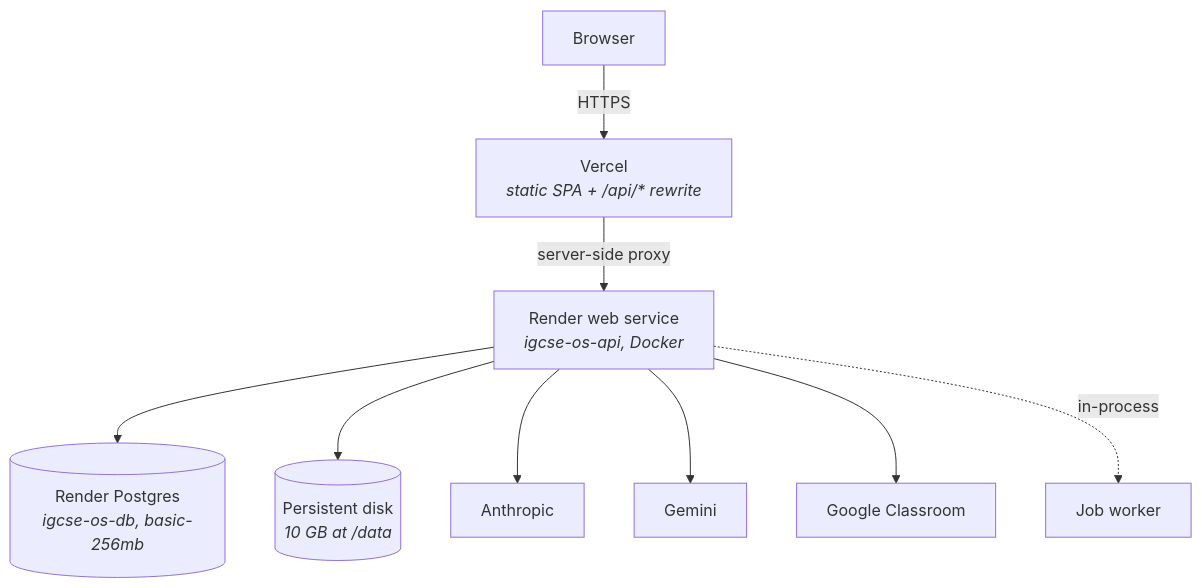
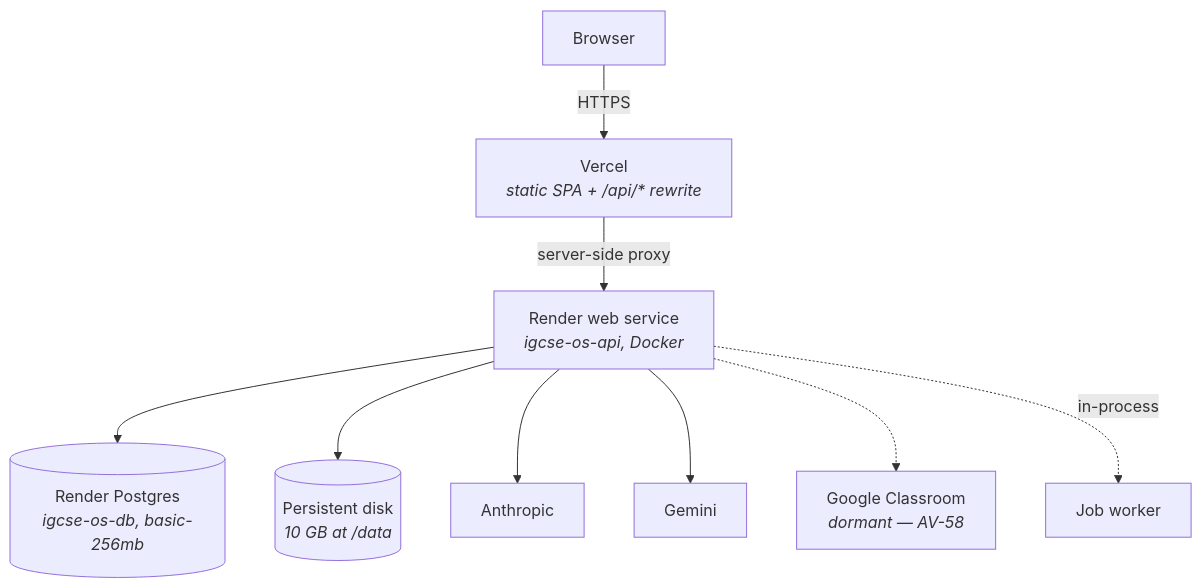
The diagram in docs/volume-3-platform-engineering/08-infrastructure-and-deployment.md (muslim216/IGCSE-OS-product-repositiry-), drawn with Mermaid before and after one commit. The commit also changed other lines of this file and 34 other files, not shown here.

First line of the commit message:
chore: hide Google Classroom and the knowledge base (task 0.5, AV-58)

````diff
--- a/docs/volume-3-platform-engineering/08-infrastructure-and-deployment.md
+++ b/docs/volume-3-platform-engineering/08-infrastructure-and-deployment.md
@@ -88,11 +88,11 @@
 ```mermaid
 flowchart TD
   U[Browser] -->|HTTPS| V[Vercel<br/><i>static SPA + /api/* rewrite</i>]
   V -->|server-side proxy| R[Render web service<br/><i>igcse-os-api, Docker</i>]
   R --> DB[(Render Postgres<br/><i>igcse-os-db, basic-256mb</i>)]
   R --> D[(Persistent disk<br/><i>10 GB at /data</i>)]
   R --> AN[Anthropic]
   R --> GE[Gemini]
-  R --> GC[Google Classroom]
+  R -.-> GC[Google Classroom<br/><i>dormant — AV-58</i>]
   R -.->|in-process| W[Job worker]
 ```
````
